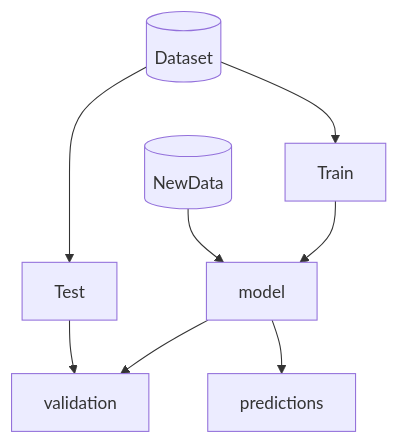
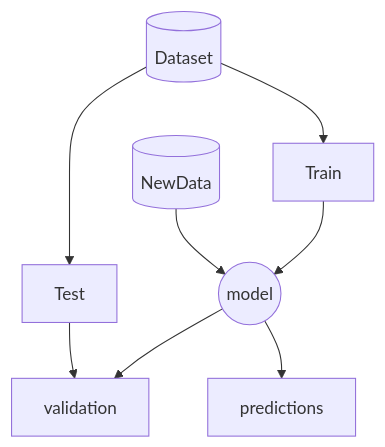
One commit to riorval/ONTOX_reproducibility changed the diagram in workflow.md. Above: the diagram before and after it, drawn with Mermaid.

````diff
--- a/workflow.md
+++ b/workflow.md
@@ -1,15 +1,15 @@
 ```mermaid
 flowchart TD
   
   Dataset[(Dataset)]-->Train
   Dataset[(Dataset)]-->Test
   
   
-  Train --> model
-  model --> validation
+  Train --> model((model))
+  model((model)) --> validation
   Test --> validation
   
-  NewData[(NewData)] --> model
-  model --> predictions
+  NewData[(NewData)] --> model((model))
+  model((model)) --> predictions
   
 ```
````
